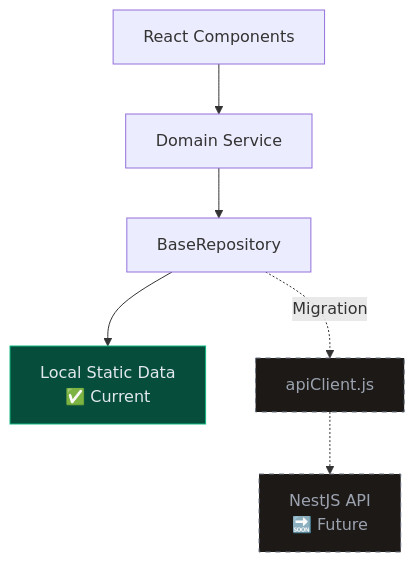
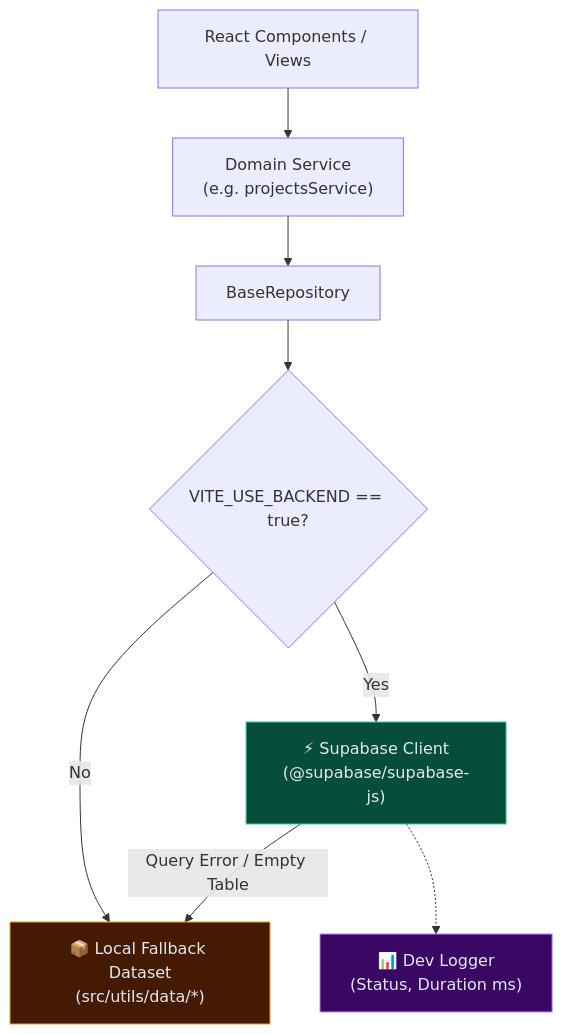
Before and after one commit to Haiderali445/portfolio-website: the tenth of 15 diagrams in README.md, drawn with Mermaid. The commit also changed other lines of this file, not shown here.

Commit message:
docs: revamp architecture flow, supabase data layer, and modular ERD schemas

````diff
--- a/README.md
+++ b/README.md
@@ -139,17 +559,20 @@
 ```mermaid
 flowchart TD
-    UI["React Components"]
-    SVC["Domain Service"]
+    UI["React Components / Views"]
+    SVC["Domain Service\n(e.g. projectsService)"]
     REPO["BaseRepository"]
-    LOCAL["Local Static Data\n✅ Current"]
-    API["apiClient.js"]
-    BACKEND["NestJS API\n🔜 Future"]
+    FLAG{"VITE_USE_BACKEND == true?"}
+    SUPA["⚡ Supabase Client\n(@supabase/supabase-js)"]
+    LOCAL["📦 Local Fallback Dataset\n(src/utils/data/*)"]
+    LOG["📊 Dev Logger\n(Status, Duration ms)"]
 
-    UI --> SVC --> REPO
-    REPO --> LOCAL
-    REPO -.->|"Migration"| API -.-> BACKEND
+    UI --> SVC --> REPO --> FLAG
+    FLAG -- Yes --> SUPA
+    FLAG -- No --> LOCAL
+    SUPA -- "Query Error / Empty Table" --> LOCAL
+    SUPA -.-> LOG
 
-    style LOCAL fill:#064e3b,stroke:#10B981,color:#e2e8f0
-    style API fill:#1c1917,stroke:#6b7280,color:#9ca3af,stroke-dasharray:5 5
-    style BACKEND fill:#1c1917,stroke:#6b7280,color:#9ca3af,stroke-dasharray:5 5
+    style SUPA fill:#064e3b,stroke:#3ECF8E,color:#e2e8f0
+    style LOCAL fill:#451a03,stroke:#F59E0B,color:#e2e8f0
+    style LOG fill:#3b0764,stroke:#c084fc,color:#e2e8f0
 ```
````
